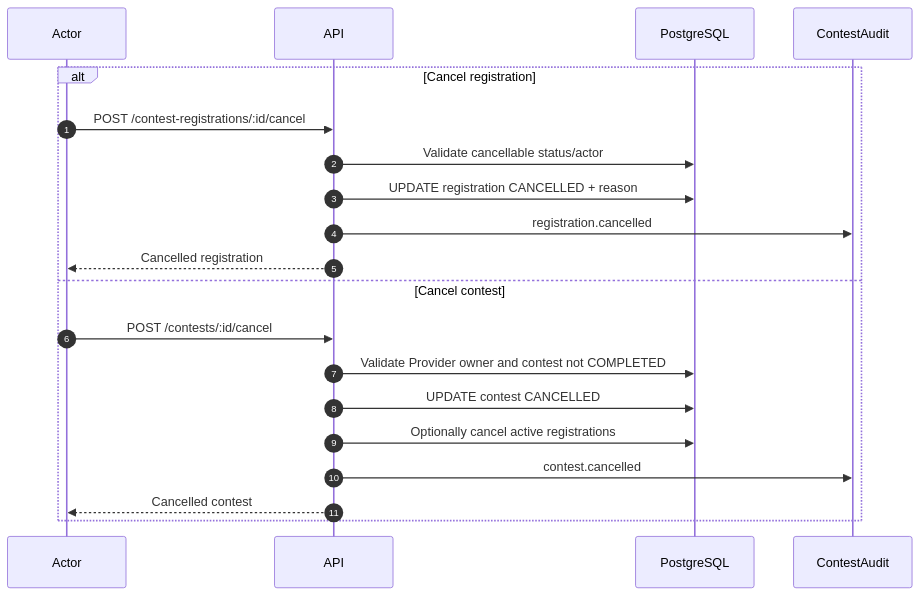
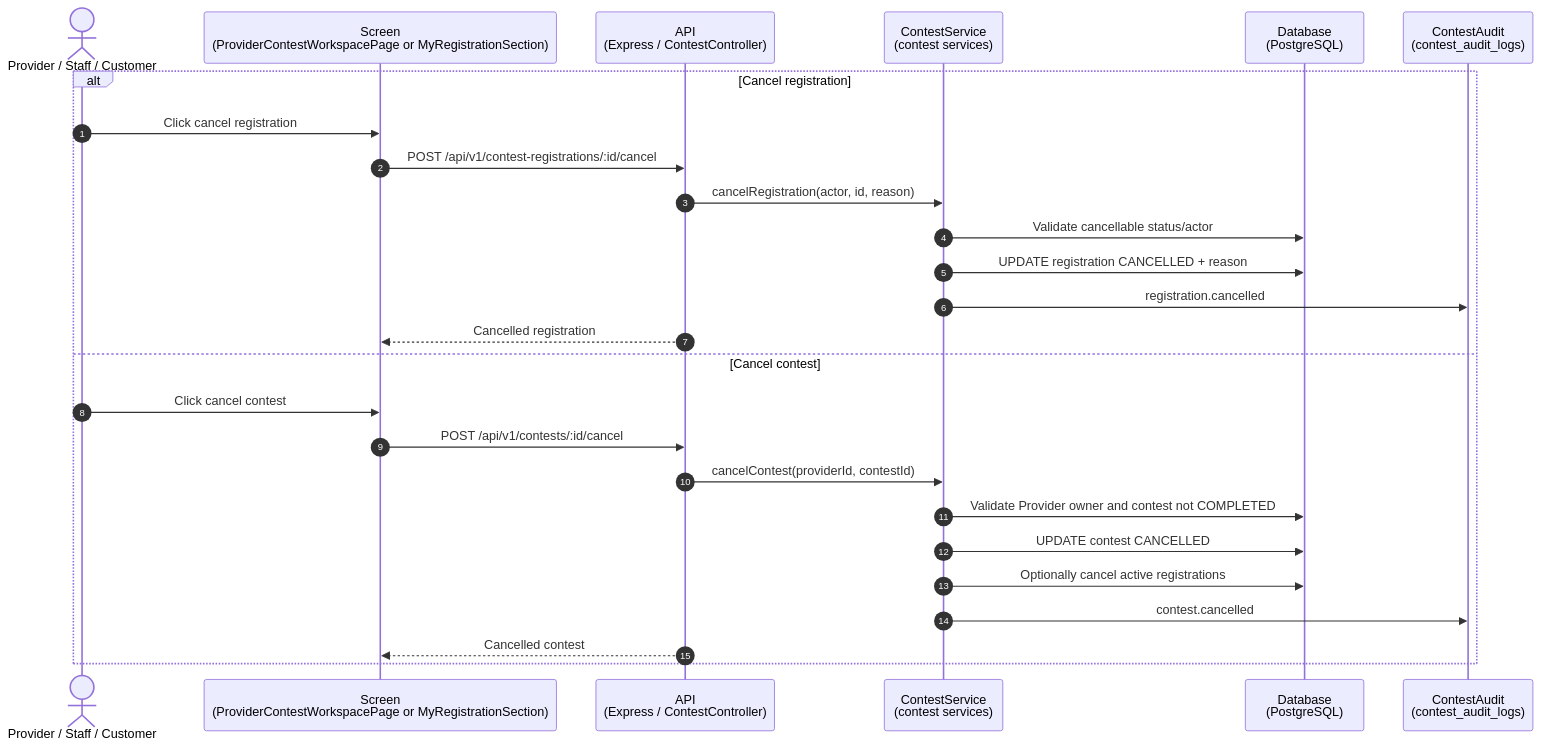
The tenth of 11 diagrams in docs/diagrams/sequence/sequence-flow-contest-lifecycle.md (RCField-SEP490/rcfield-spec), drawn with Mermaid before and after one commit. The commit also changed other lines of this file and 15 other files, not shown here.

First line of the commit message:
Add sequence flow diagrams for provider, staff, and supporting operations

````diff
--- a/docs/diagrams/sequence/sequence-flow-contest-lifecycle.md
+++ b/docs/diagrams/sequence/sequence-flow-contest-lifecycle.md
@@ -250,23 +253,29 @@
 ```mermaid
 sequenceDiagram
     autonumber
-    participant A as Actor
-    participant API as API
-    participant DB as PostgreSQL
-    participant Audit as ContestAudit
+    actor A as Provider / Staff / Customer
+    participant FE as Screen<br/>(ProviderContestWorkspacePage or MyRegistrationSection)
+    participant API as API<br/>(Express / ContestController)
+    participant CS as ContestService<br/>(contest services)
+    participant DB as Database<br/>(PostgreSQL)
+    participant Audit as ContestAudit<br/>(contest_audit_logs)
 
     alt Cancel registration
-        A->>API: POST /contest-registrations/:id/cancel
-        API->>DB: Validate cancellable status/actor
-        API->>DB: UPDATE registration CANCELLED + reason
-        API->>Audit: registration.cancelled
-        API-->>A: Cancelled registration
+        A->>FE: Click cancel registration
+        FE->>API: POST /api/v1/contest-registrations/:id/cancel
+        API->>CS: cancelRegistration(actor, id, reason)
+        CS->>DB: Validate cancellable status/actor
+        CS->>DB: UPDATE registration CANCELLED + reason
+        CS->>Audit: registration.cancelled
+        API-->>FE: Cancelled registration
     else Cancel contest
-        A->>API: POST /contests/:id/cancel
-        API->>DB: Validate Provider owner and contest not COMPLETED
-        API->>DB: UPDATE contest CANCELLED
-        API->>DB: Optionally cancel active registrations
-        API->>Audit: contest.cancelled
-        API-->>A: Cancelled contest
+        A->>FE: Click cancel contest
+        FE->>API: POST /api/v1/contests/:id/cancel
+        API->>CS: cancelContest(providerId, contestId)
+        CS->>DB: Validate Provider owner and contest not COMPLETED
+        CS->>DB: UPDATE contest CANCELLED
+        CS->>DB: Optionally cancel active registrations
+        CS->>Audit: contest.cancelled
+        API-->>FE: Cancelled contest
     end
 ```
````
